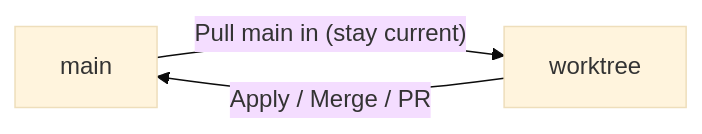
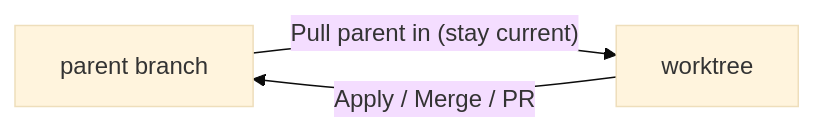
Before and after one commit to kagura-agent/kilocode: the diagram in packages/kilo-docs/pages/automate/agent-manager-workflows.md, drawn with Mermaid (base theme). The commit also changed other lines of this file and 1 other file, not shown here.

Commit message:
docs(kilo-docs): use 'parent branch' instead of 'main' for worktree merges

````diff
--- a/packages/kilo-docs/pages/automate/agent-manager-workflows.md
+++ b/packages/kilo-docs/pages/automate/agent-manager-workflows.md
@@ -121,8 +121,8 @@
 ```mermaid
 graph LR
-  main["main"]
+  parent["parent branch"]
   wt["worktree"]
 
-  main -->|"Pull main in (stay current)"| wt
-  wt -->|"Apply / Merge / PR"| main
+  parent -->|"Pull parent in (stay current)"| wt
+  wt -->|"Apply / Merge / PR"| parent
 ```
````
